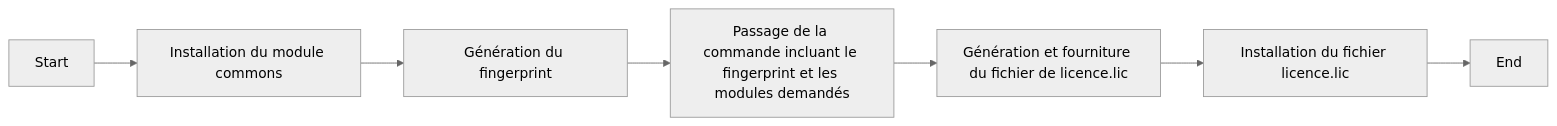
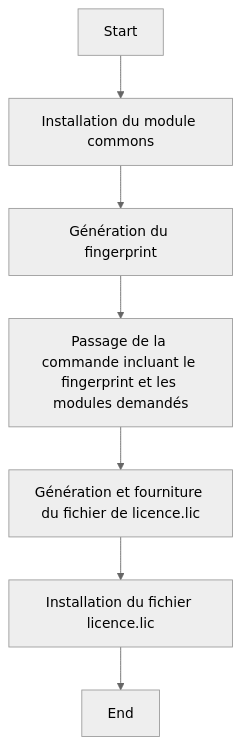
One commit to l06p/supervision_modules_documentation changed the diagram in docs/licensing.md. Above: the diagram before and after it, drawn with Mermaid (neutral theme). The commit also changed other lines of this file, not shown here.

Commit message:
Modification du sens d'affichage d'un flowchart de la section Licensing

````diff
--- a/docs/licensing.md
+++ b/docs/licensing.md
@@ -31,9 +33,9 @@
 ``` mermaid
-graph LR
+graph TD
   A[Start] --> B[Installation du module commons];
   B --> C[Génération du fingerprint];
   C --> D[Passage de la commande incluant le fingerprint et les modules demandés];
   D --> E[Génération et fourniture du fichier de licence.lic];
   E --> F[Installation du fichier licence.lic];
   F --> G[End]
 ```
````
